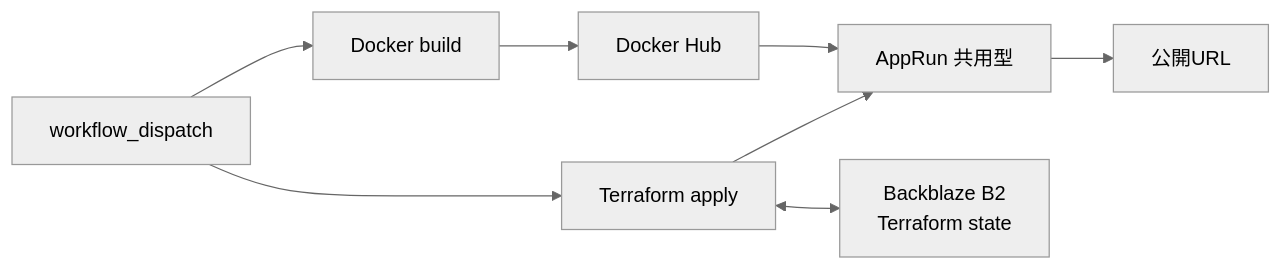
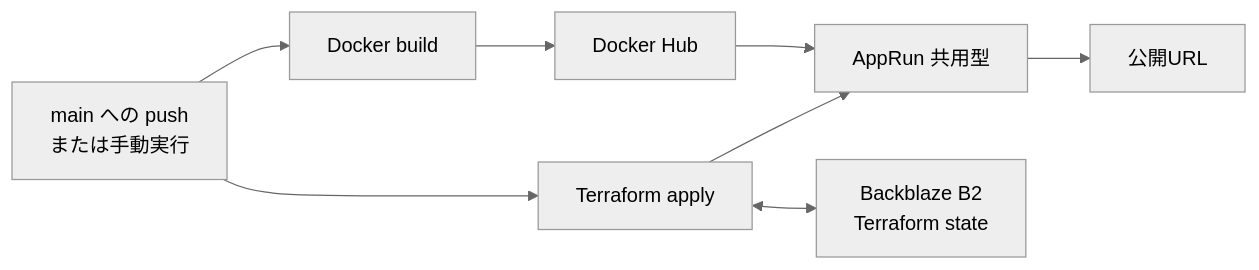
Before and after one commit to sohohold/nuance-mapper: the diagram in terraform/apprun/README.md, drawn with Mermaid (neutral theme). The commit also changed other lines of this file and 1 other file, not shown here.

First line of the commit message:
Deploy to AppRun automatically on merge to main

````diff
--- a/terraform/apprun/README.md
+++ b/terraform/apprun/README.md
@@ -7,10 +7,10 @@
 ```mermaid
 flowchart LR
-    D[workflow_dispatch] --> B[Docker build]
+    D[main への push<br/>または手動実行] --> B[Docker build]
     B --> R[Docker Hub]
     D --> T[Terraform apply]
     R --> A[AppRun 共用型]
     T --> A
     T <--> S[Backblaze B2<br/>Terraform state]
     A --> U[公開URL]
 ```
````
